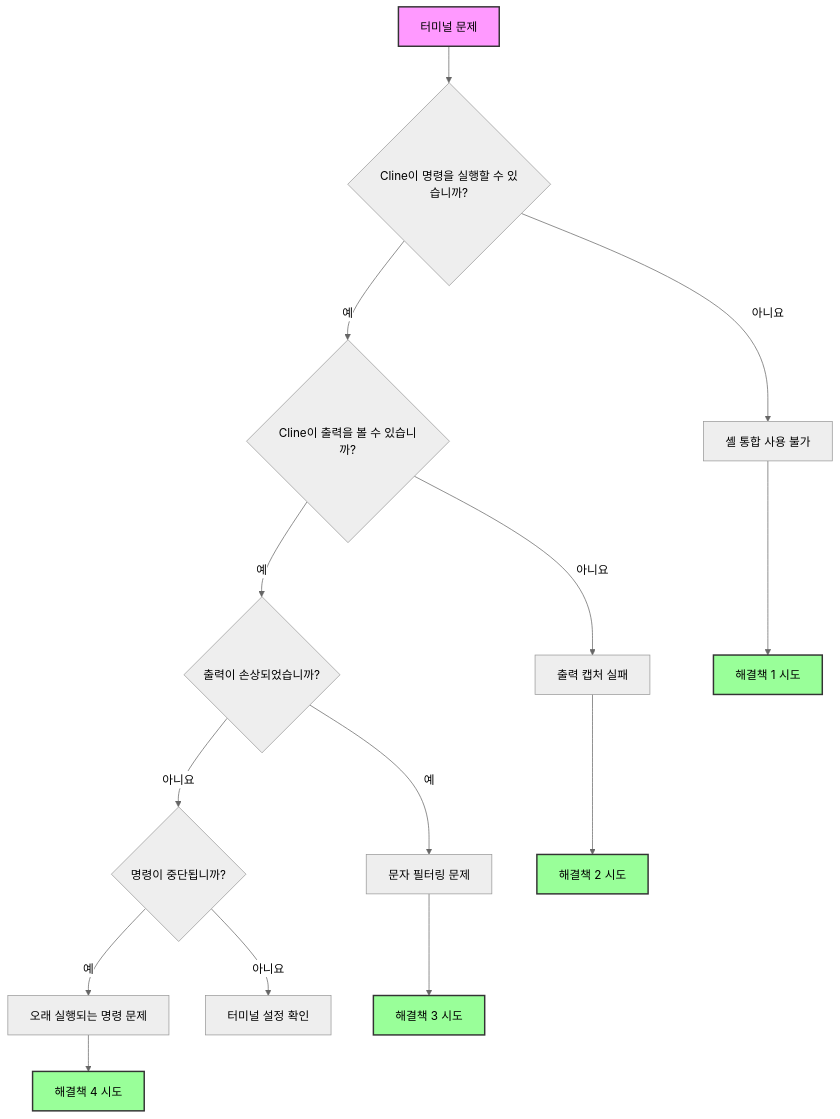
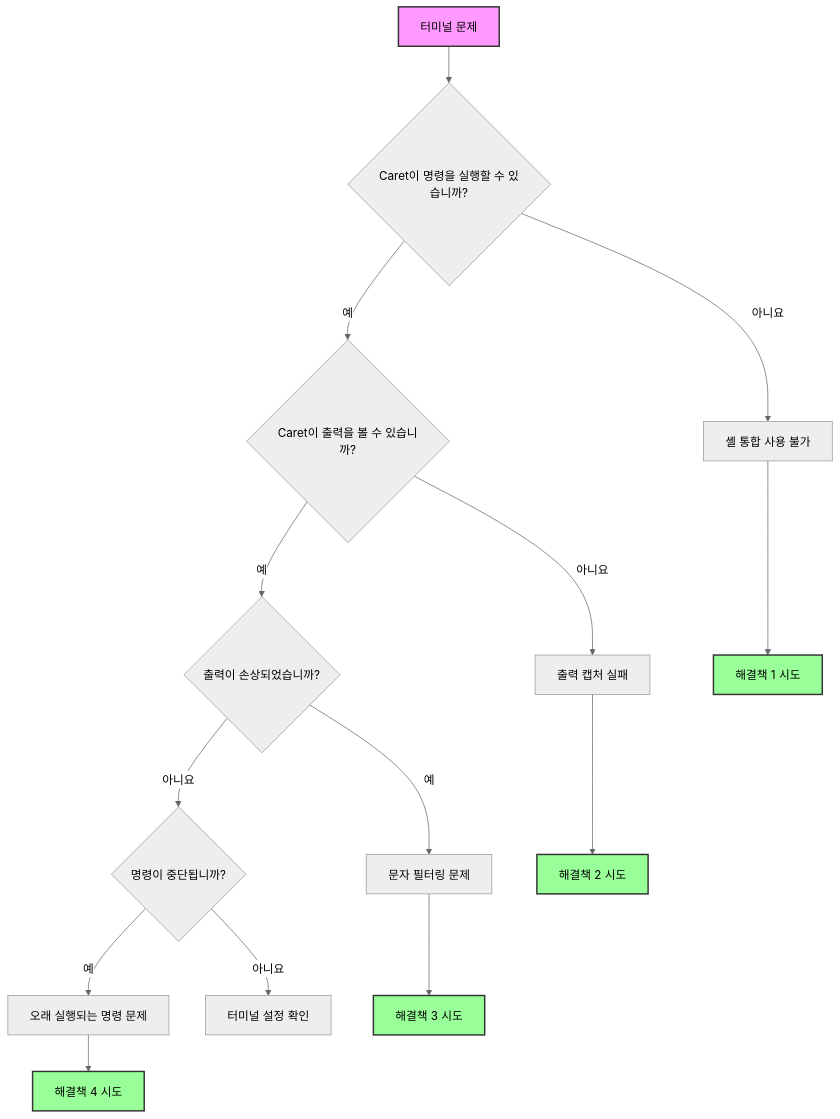
The diagram in docs-ko/troubleshooting/terminal-integration-guide.mdx (aicoding-caret/docs.caret.team), drawn with Mermaid (neutral theme) before and after one commit. The commit also changed other lines of this file and 215 other files, not shown here.

````diff
--- a/docs-ko/troubleshooting/terminal-integration-guide.mdx
+++ b/docs-ko/troubleshooting/terminal-integration-guide.mdx
@@ -20,23 +20,23 @@
 ```mermaid
 graph TD
-    A[터미널 문제] --> B{Cline이 명령을 실행할 수 있습니까?}
+    A[터미널 문제] --> B{Caret이 명령을 실행할 수 있습니까?}
     B -->|아니요| C[셸 통합 사용 불가]
-    B -->|예| D{Cline이 출력을 볼 수 있습니까?}
+    B -->|예| D{Caret이 출력을 볼 수 있습니까?}
     D -->|아니요| E[출력 캡처 실패]
     D -->|예| F{출력이 손상되었습니까?}
     F -->|예| G[문자 필터링 문제]
     F -->|아니요| H{명령이 중단됩니까?}
     H -->|예| I[오래 실행되는 명령 문제]
     H -->|아니요| J[터미널 설정 확인]
 
     C --> K[해결책 1 시도]
     E --> L[해결책 2 시도]
     G --> M[해결책 3 시도]
     I --> N[해결책 4 시도]
 
     style A fill:#f9f,stroke:#333,stroke-width:2px
     style K fill:#9f9,stroke:#333,stroke-width:2px
     style L fill:#9f9,stroke:#333,stroke-width:2px
     style M fill:#9f9,stroke:#333,stroke-width:2px
     style N fill:#9f9,stroke:#333,stroke-width:2px
 ```
````
